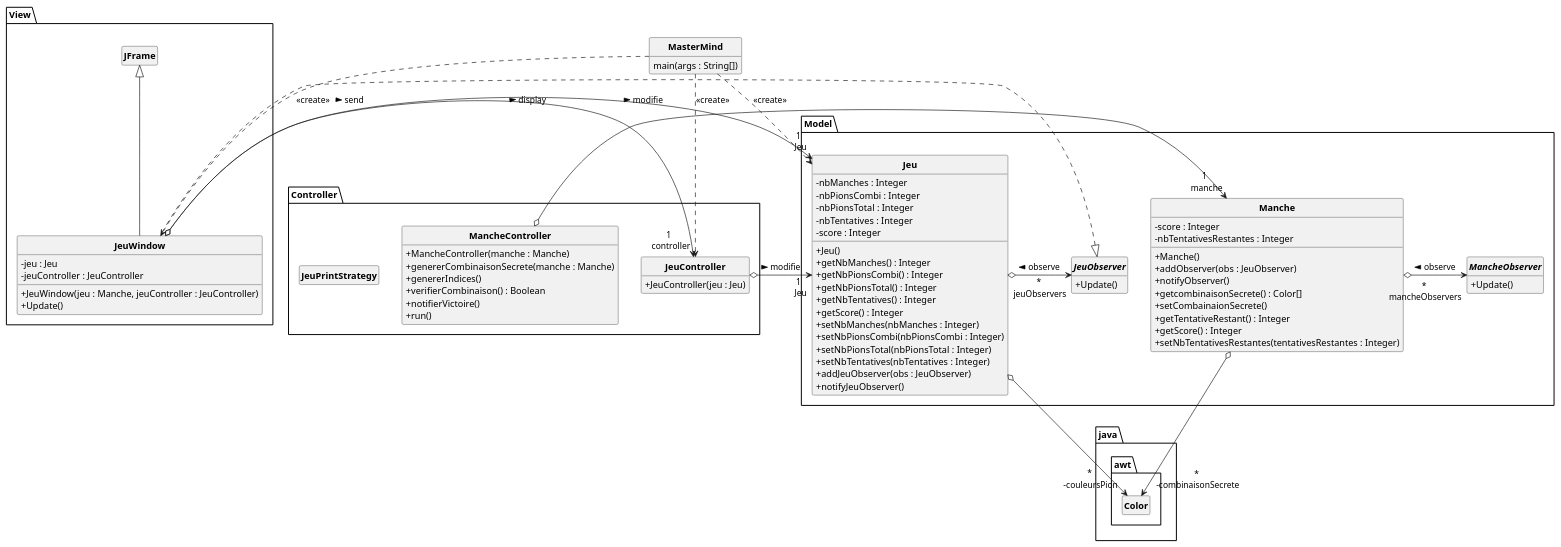
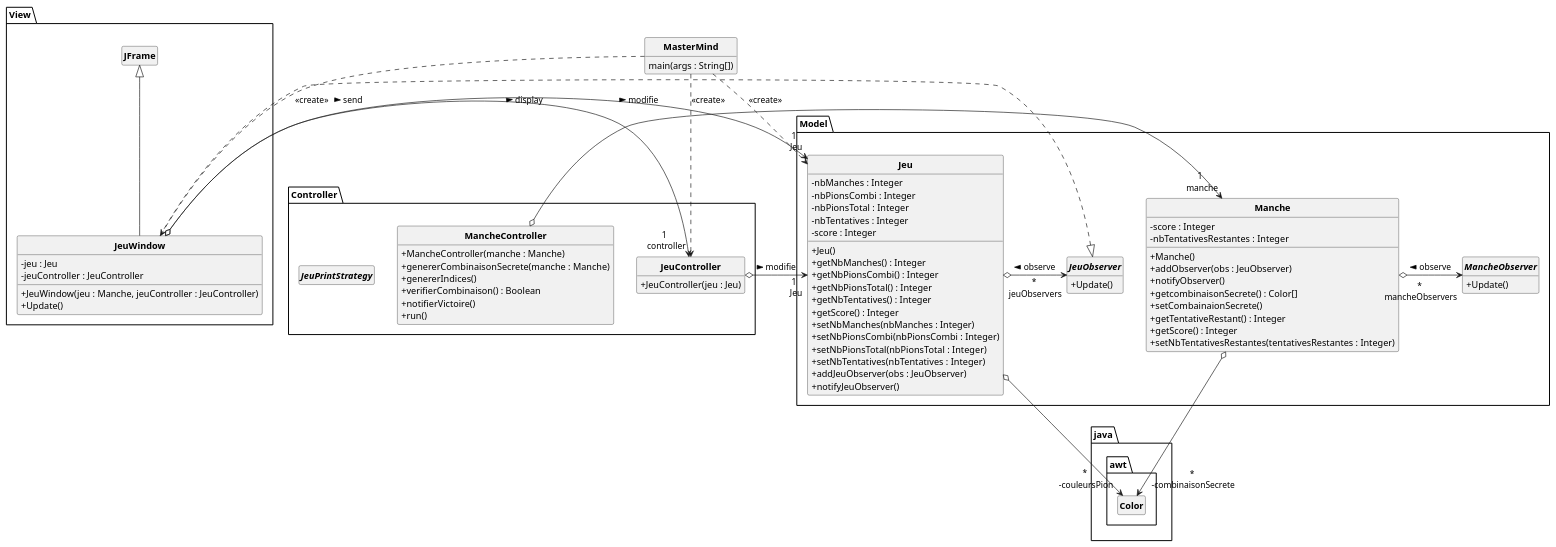
Before and after one commit to aymkoub/Mastermind: the diagram in Mastermind/src/Mastermind.puml, drawn with PlantUML. The commit also changed 5 other files, not shown here.

```diff
--- a/Mastermind/src/Mastermind.puml
+++ b/Mastermind/src/Mastermind.puml
@@ -1,96 +1,98 @@
 @startuml
 'https://plantuml.com/class-diagram
 
 skinparam classAttributeIconSize 0
 skinparam classFontStyle Bold
 skinparam style strictuml
 hide empty members
 
 package Controller{
     class MancheController{
         + MancheController(manche : Manche)
         + genererCombinaisonSecrete(manche : Manche)
         + genererIndices()
         + verifierCombinaison() : Boolean
         + notifierVictoire()
         + run()
     }
 
     class JeuController{
         + JeuController(jeu : Jeu)
     }
 
-    class JeuPrintStrategy
+    interface JeuPrintStrategy{
+        
+    }
 }
 
 package java.awt{
     class Color
 }
 
 package Model{
     class Jeu{
         - nbManches : Integer
         - nbPionsCombi : Integer
         - nbPionsTotal : Integer
         - nbTentatives : Integer
         - score : Integer
         + Jeu()
         + getNbManches() : Integer
         + getNbPionsCombi() : Integer
         + getNbPionsTotal() : Integer
         + getNbTentatives() : Integer
         + getScore() : Integer
         + setNbManches(nbManches : Integer)
         + setNbPionsCombi(nbPionsCombi : Integer)
         + setNbPionsTotal(nbPionsTotal : Integer)
         + setNbTentatives(nbTentatives : Integer)
         + addJeuObserver(obs : JeuObserver)
         + notifyJeuObserver()
     }
     '''Jeu o--> "*\n-manches"Manche
     class Manche {
         - score : Integer
         - nbTentativesRestantes : Integer
         + Manche()
         + addObserver(obs : JeuObserver)
         + notifyObserver()
         + getcombinaisonSecrete() : Color[]
         + setCombainaionSecrete()
         + getTentativeRestant() : Integer
         + getScore() : Integer
         + setNbTentativesRestantes(tentativesRestantes : Integer)
     }
 
     Jeu o-d->"*\n -couleursPion" Color
     Manche o-d->"*\n -combinaisonSecrete" Color
 
     interface JeuObserver{
         + Update()
     }
     interface MancheObserver{
        + Update()
     }
 }
 package View{
     class JeuWindow extends JFrame implements Model.JeuObserver{
         - jeu : Jeu
         - jeuController : JeuController
         + JeuWindow(jeu : Manche, jeuController : JeuController)
         + Update()
 
     }
 }
 class MasterMind
 {
     main(args : String[])
 }
 View.JeuWindow o-> "1 \n controller"Controller.JeuController : > send
 View.JeuWindow o->"1 \n Jeu" Model.Jeu : > display
 MasterMind ..> View.JeuWindow : <<create>>
 MasterMind ..> Controller.JeuController : <<create>>
 MasterMind ..> Model.Jeu : <<create>>
 Model.Jeu "*\n jeuObservers" o-> Model.JeuObserver : < observe
 Model.Manche "*\n mancheObservers" o-> Model.MancheObserver : < observe
 Controller.JeuController o->"1 \n Jeu" Model.Jeu : > modifie
 Controller.MancheController o->"1 \n manche" Model.Manche : > modifie
 @enduml
```
